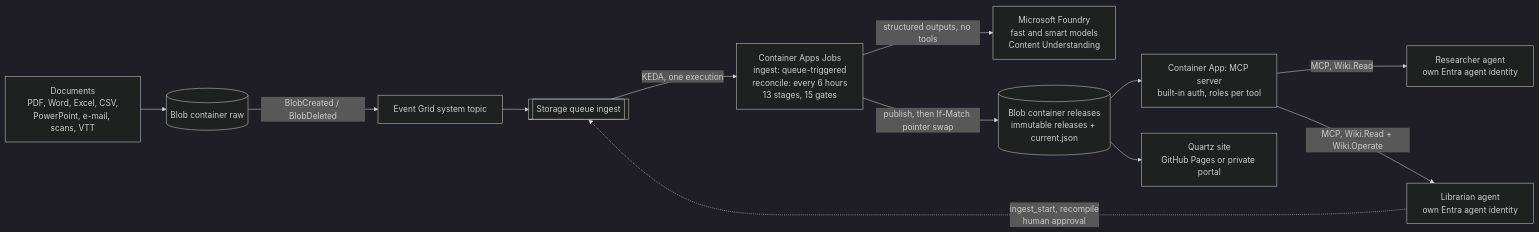
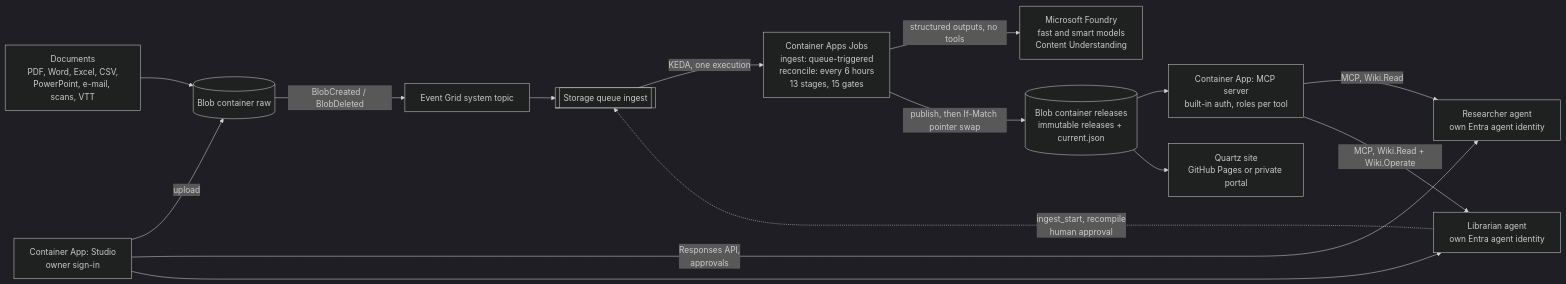
The diagram in README.md (ozgurkarahan/docwiki), drawn with Mermaid (dark theme) before and after one commit. The commit also changed other lines of this file and 48 other files, not shown here.

First line of the commit message:
DocWiki Studio: the signed-in app around the pipeline and the agents

````diff
--- a/README.md
+++ b/README.md
@@ -147,14 +162,17 @@
 ```mermaid
 flowchart LR
   docs["Documents<br/>PDF, Word, Excel, CSV,<br/>PowerPoint, e-mail, scans, VTT"] --> raw[("Blob container raw")]
   raw -->|"BlobCreated / BlobDeleted"| eg["Event Grid system topic"]
   eg --> queue[["Storage queue ingest"]]
   queue -->|"KEDA, one execution"| job["Container Apps Jobs<br/>ingest: queue-triggered<br/>reconcile: every 6 hours<br/>13 stages, 15 gates"]
   job -->|"structured outputs, no tools"| foundry["Microsoft Foundry<br/>fast and smart models<br/>Content Understanding"]
   job -->|"publish, then If-Match pointer swap"| releases[("Blob container releases<br/>immutable releases + current.json")]
   releases --> mcp["Container App: MCP server<br/>built-in auth, roles per tool"]
   releases --> site["Quartz site<br/>GitHub Pages or private portal"]
   mcp -->|"MCP, Wiki.Read"| researcher["Researcher agent<br/>own Entra agent identity"]
   mcp -->|"MCP, Wiki.Read + Wiki.Operate"| librarian["Librarian agent<br/>own Entra agent identity"]
   librarian -.->|"ingest_start, recompile<br/>human approval"| queue
+  studio["Container App: Studio<br/>owner sign-in"] -->|"upload"| raw
+  studio -->|"Responses API,<br/>approvals"| researcher
+  studio --> librarian
 ```
````
